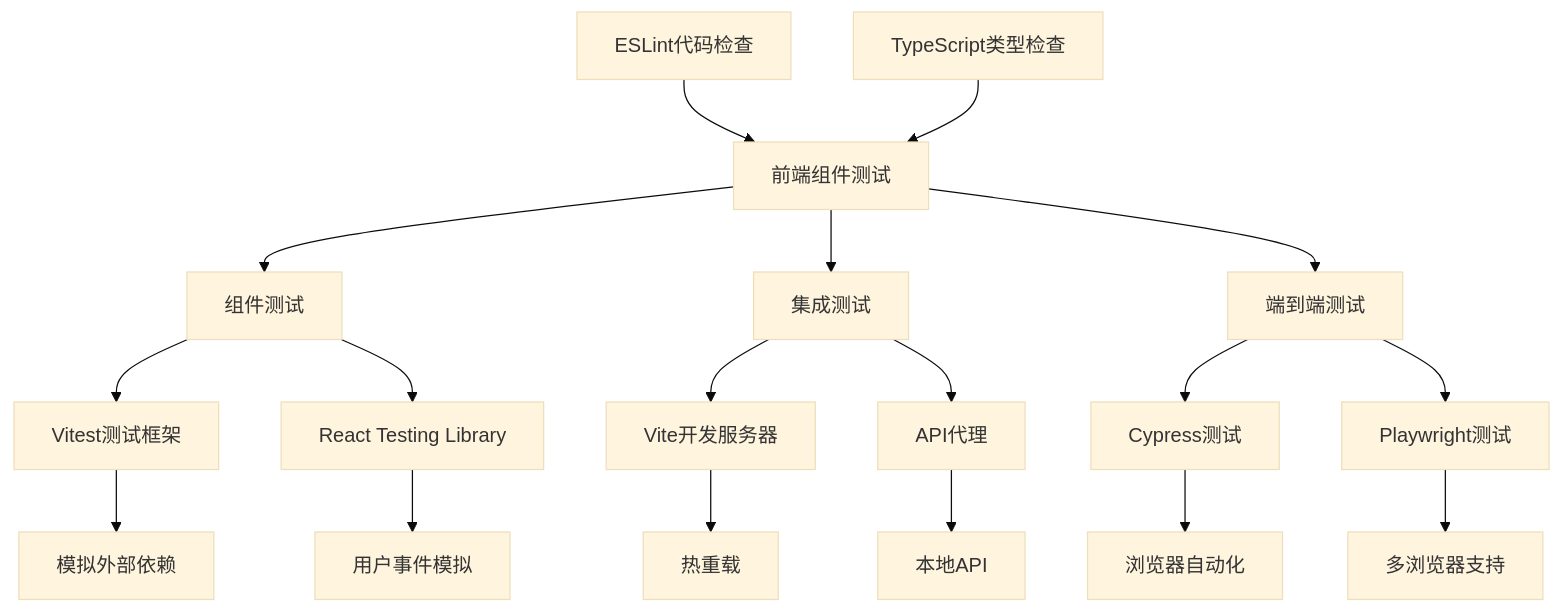
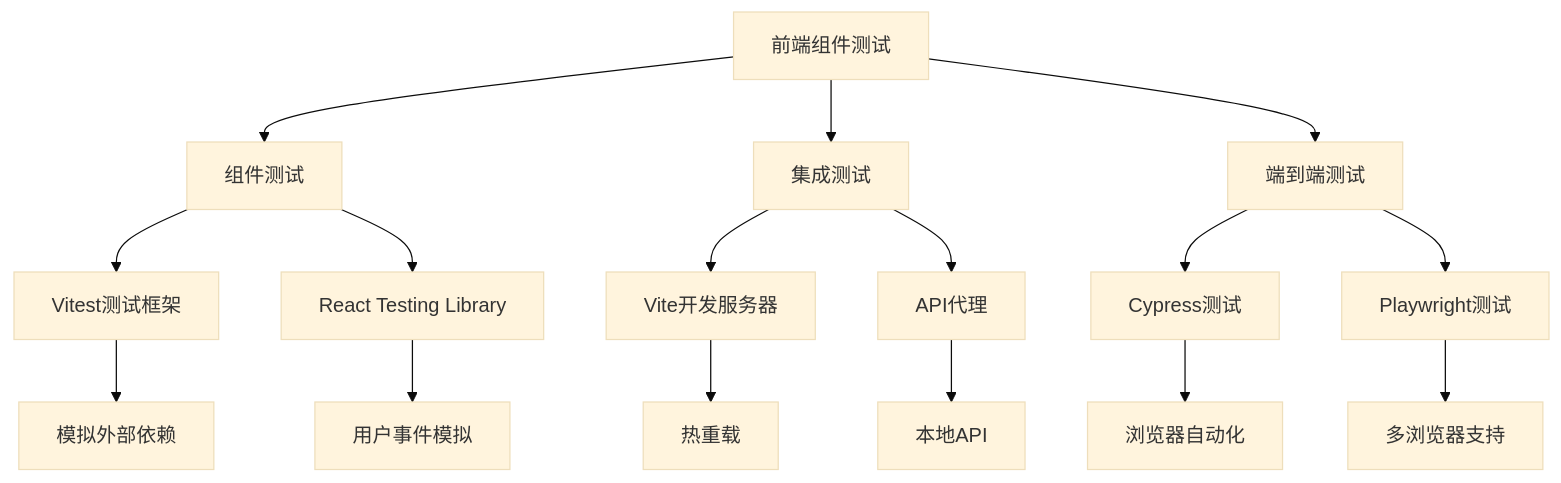
Before and after one commit to gree-coder/fund-butler: the tenth of 18 diagrams in .qoder/repowiki/zh/content/核心功能开发/测试策略.md, drawn with Mermaid (base theme). The commit also changed other lines of this file and 21 other files, not shown here.

````diff
--- a/.qoder/repowiki/zh/content/核心功能开发/测试策略.md
+++ b/.qoder/repowiki/zh/content/核心功能开发/测试策略.md
@@ -452,20 +350,18 @@
 ```mermaid
 flowchart TD
 FrontendTesting[前端组件测试] --> ComponentTesting[组件测试]
 FrontendTesting --> IntegrationTesting[集成测试]
 FrontendTesting --> E2ETesting[端到端测试]
 ComponentTesting --> Vitest[Vitest测试框架]
 ComponentTesting --> RTL[React Testing Library]
 IntegrationTesting --> Vite[Vite开发服务器]
 IntegrationTesting --> Proxy[API代理]
 E2ETesting --> Cypress[Cypress测试]
 E2ETesting --> Playwright[Playwright测试]
 Vitest --> Mocking[模拟外部依赖]
 RTL --> UserEvents[用户事件模拟]
 Vite --> HotReload[热重载]
 Proxy --> Localhost[本地API]
 Cypress --> BrowserAutomation[浏览器自动化]
 Playwright --> MultiBrowser[多浏览器支持]
-ESLINT[ESLint代码检查] --> FrontendTesting
-TYPE_CHECK[TypeScript类型检查] --> FrontendTesting
 ```
````
